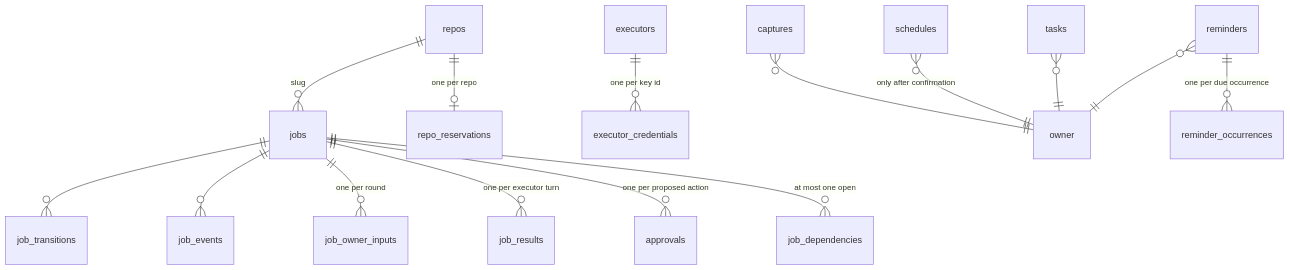
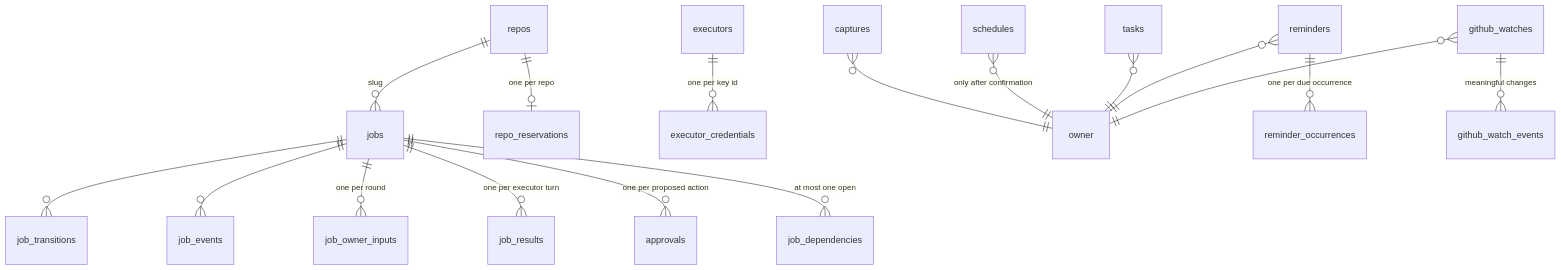
One commit to duckycodess/ducky-bot changed the fourth of 5 diagrams in docs/ARCHITECTURE.md. Above: the diagram before and after it, drawn with Mermaid. The commit also changed other lines of this file and 23 other files, not shown here.

Commit message:
feat(github): add bounded repository watches

````diff
--- a/docs/ARCHITECTURE.md
+++ b/docs/ARCHITECTURE.md
@@ -212,17 +212,19 @@
 ```mermaid
 erDiagram
   repos ||--o{ jobs : "slug"
   repos ||--o| repo_reservations : "one per repo"
   jobs ||--o{ job_transitions : ""
   jobs ||--o{ job_events : ""
   jobs ||--o{ job_owner_inputs : "one per round"
   jobs ||--o{ job_results : "one per executor turn"
   jobs ||--o{ approvals : "one per proposed action"
   jobs ||--o{ job_dependencies : "at most one open"
   executors ||--o{ executor_credentials : "one per key id"
   captures }o--|| owner : ""
   schedules }o--|| owner : "only after confirmation"
   tasks }o--|| owner : ""
   reminders }o--|| owner : ""
   reminders ||--o{ reminder_occurrences : "one per due occurrence"
+  github_watches }o--|| owner : ""
+  github_watches ||--o{ github_watch_events : "meaningful changes"
 ```
````
